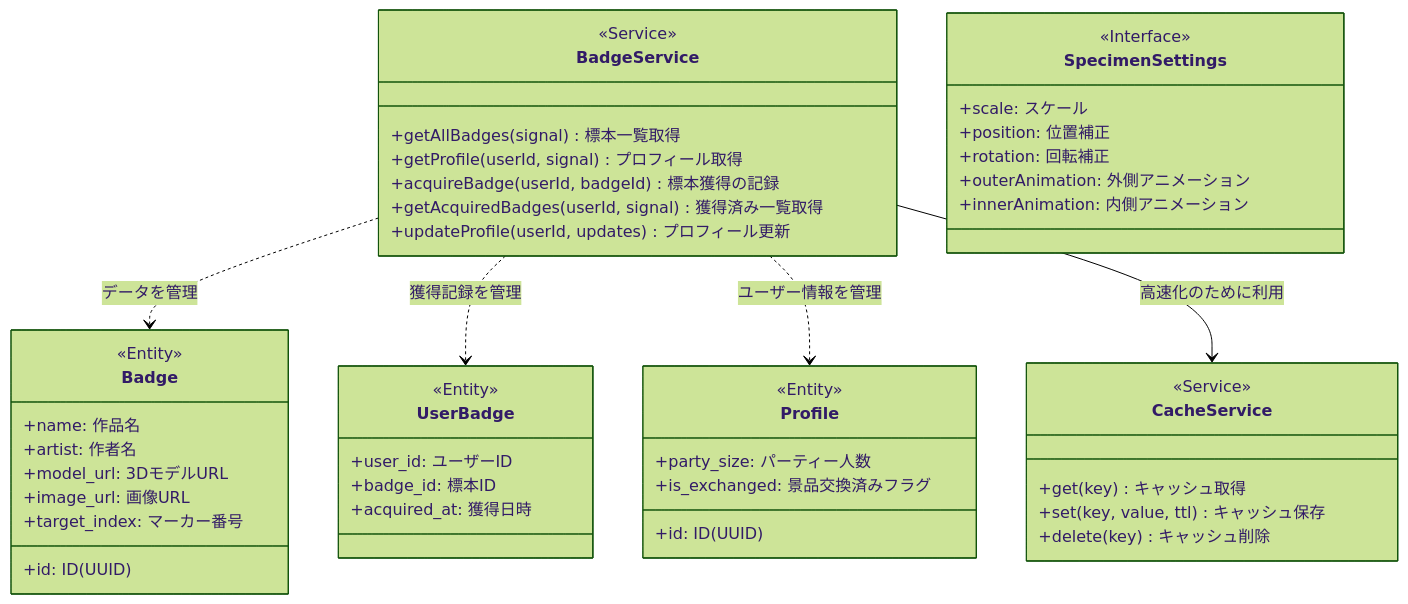
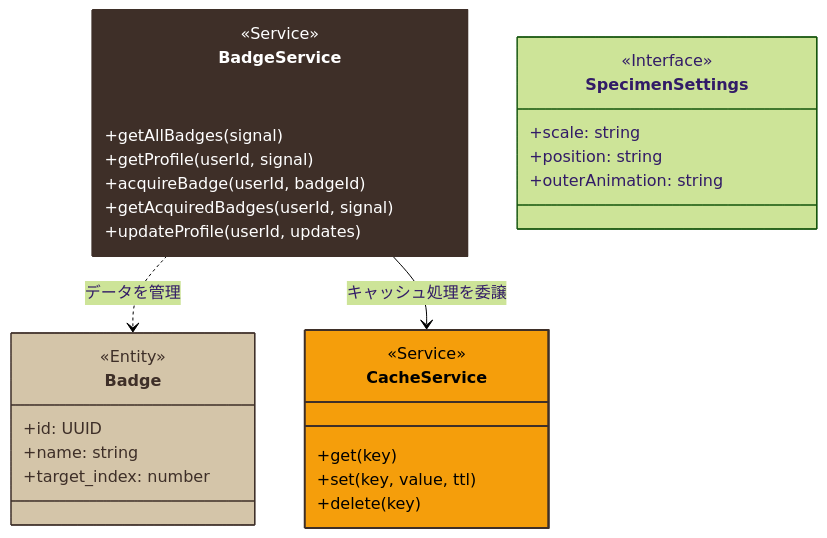
One commit to yuma25/ATD26 changed the first of 5 diagrams in docs/DIAGRAMS.md. Above: the diagram before and after it, drawn with Mermaid (forest theme). The commit also changed other lines of this file and 42 other files, not shown here.

````diff
--- a/docs/DIAGRAMS.md
+++ b/docs/DIAGRAMS.md
@@ -13,51 +11,36 @@
 ```mermaid
 classDiagram
     class BadgeService {
         <<Service>>
-        +getAllBadges(signal) 標本一覧取得
-        +getProfile(userId, signal) プロフィール取得
-        +acquireBadge(userId, badgeId) 標本獲得の記録
-        +getAcquiredBadges(userId, signal) 獲得済み一覧取得
-        +updateProfile(userId, updates) プロフィール更新
+        +getAllBadges(signal)
+        +getProfile(userId, signal)
+        +acquireBadge(userId, badgeId)
+        +getAcquiredBadges(userId, signal)
+        +updateProfile(userId, updates)
     }
     class CacheService {
         <<Service>>
-        +get(key) キャッシュ取得
-        +set(key, value, ttl) キャッシュ保存
-        +delete(key) キャッシュ削除
+        +get(key)
+        +set(key, value, ttl)
+        +delete(key)
     }
     class SpecimenSettings {
         <<Interface>>
-        +scale: スケール
-        +position: 位置補正
-        +rotation: 回転補正
-        +outerAnimation: 外側アニメーション
-        +innerAnimation: 内側アニメーション
+        +scale: string
+        +position: string
+        +outerAnimation: string
     }
     class Badge {
         <<Entity>>
-        +id: ID (UUID)
-        +name: 作品名
-        +artist: 作者名
-        +model_url: 3DモデルURL
-        +image_url: 画像URL
-        +target_index: マーカー番号
-    }
-    class UserBadge {
-        <<Entity>>
-        +user_id: ユーザーID
-        +badge_id: 標本ID
-        +acquired_at: 獲得日時
-    }
-    class Profile {
-        <<Entity>>
-        +id: ID (UUID)
-        +party_size: パーティー人数
-        +is_exchanged: 景品交換済みフラグ
+        +id: UUID
+        +name: string
+        +target_index: number
     }
     
     BadgeService ..> Badge : データを管理
-    BadgeService ..> UserBadge : 獲得記録を管理
-    BadgeService ..> Profile : ユーザー情報を管理
-    BadgeService --> CacheService : 高速化のために利用
+    BadgeService --> CacheService : キャッシュ処理を委譲
+    
+    style BadgeService fill:#3e2f28,color:#fff,stroke:#3e2f28,stroke-width:2px
+    style CacheService fill:#f59e0b,color:#000,stroke:#3e2f28,stroke-width:2px
+    style Badge fill:#d4c5a9,color:#3e2f28,stroke:#3e2f28
 ```
````
